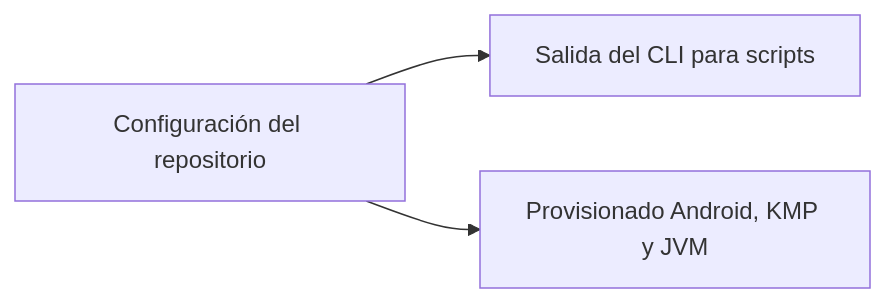
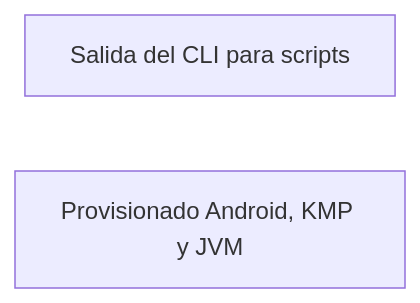
The diagram in docs/roadmap.es.md (LuxionServer/ShogunAi), drawn with Mermaid before and after one commit. The commit also changed other lines of this file and 39 other files, not shown here.

````diff
--- a/docs/roadmap.es.md
+++ b/docs/roadmap.es.md
@@ -19,5 +19,5 @@
 ```mermaid
 graph LR
-    A["Configuración del repositorio"] --> B["Salida del CLI para scripts"]
-    A --> D["Provisionado Android, KMP y JVM"]
+    B["Salida del CLI para scripts"]
+    D["Provisionado Android, KMP y JVM"]
 ```
````
